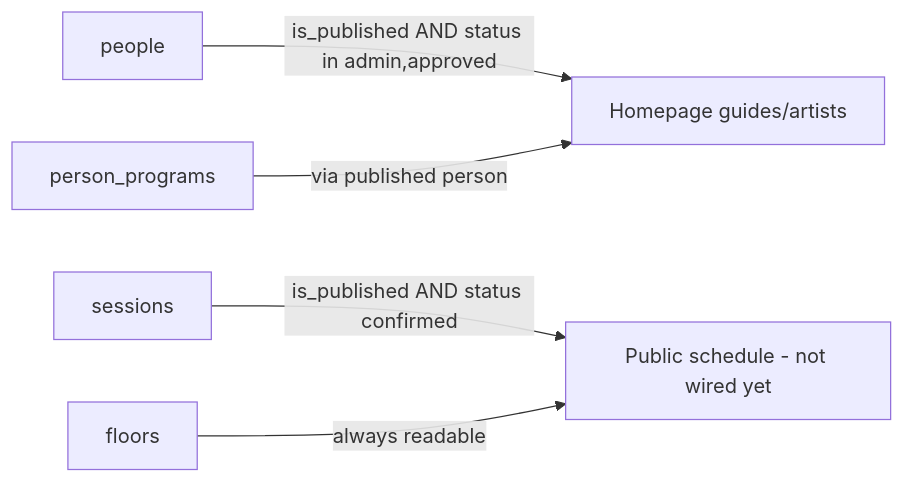
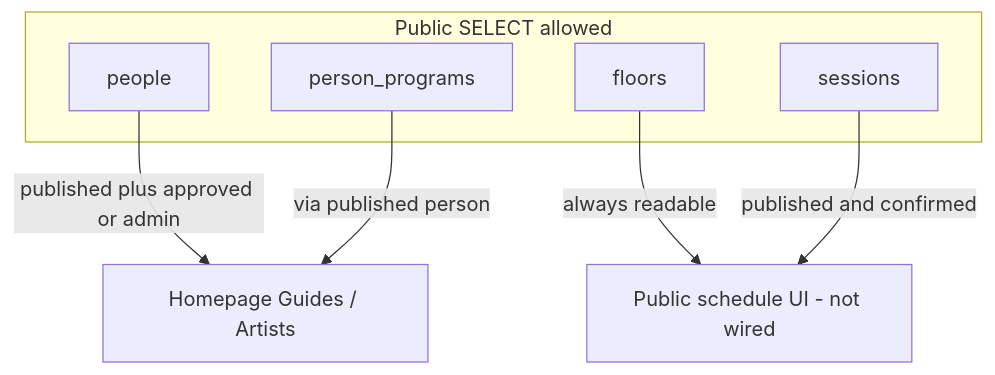
The third of 3 diagrams in docs/database-erd.md (greatgiho/thewellnesskorea), drawn with Mermaid before and after one commit. The commit also changed other lines of this file and 4 other files, not shown here.

````diff
--- a/docs/database-erd.md
+++ b/docs/database-erd.md
@@ -161,7 +173,14 @@
 ```mermaid
-flowchart LR
-    P[people] -->|is_published AND status in admin,approved| HP[Homepage guides/artists]
-    PP[person_programs] -->|via published person| HP
-    S[sessions] -->|is_published AND status confirmed| PS[Public schedule - not wired yet]
-    F[floors] -->|always readable| PS
+flowchart TD
+    subgraph public_read [Public SELECT allowed]
+        P[people]
+        PP[person_programs]
+        F[floors]
+        S[sessions]
+    end
+
+    P -->|published plus approved or admin| HP[Homepage Guides / Artists]
+    PP -->|via published person| HP
+    F -->|always readable| PS[Public schedule UI - not wired]
+    S -->|published and confirmed| PS
 ```
````
